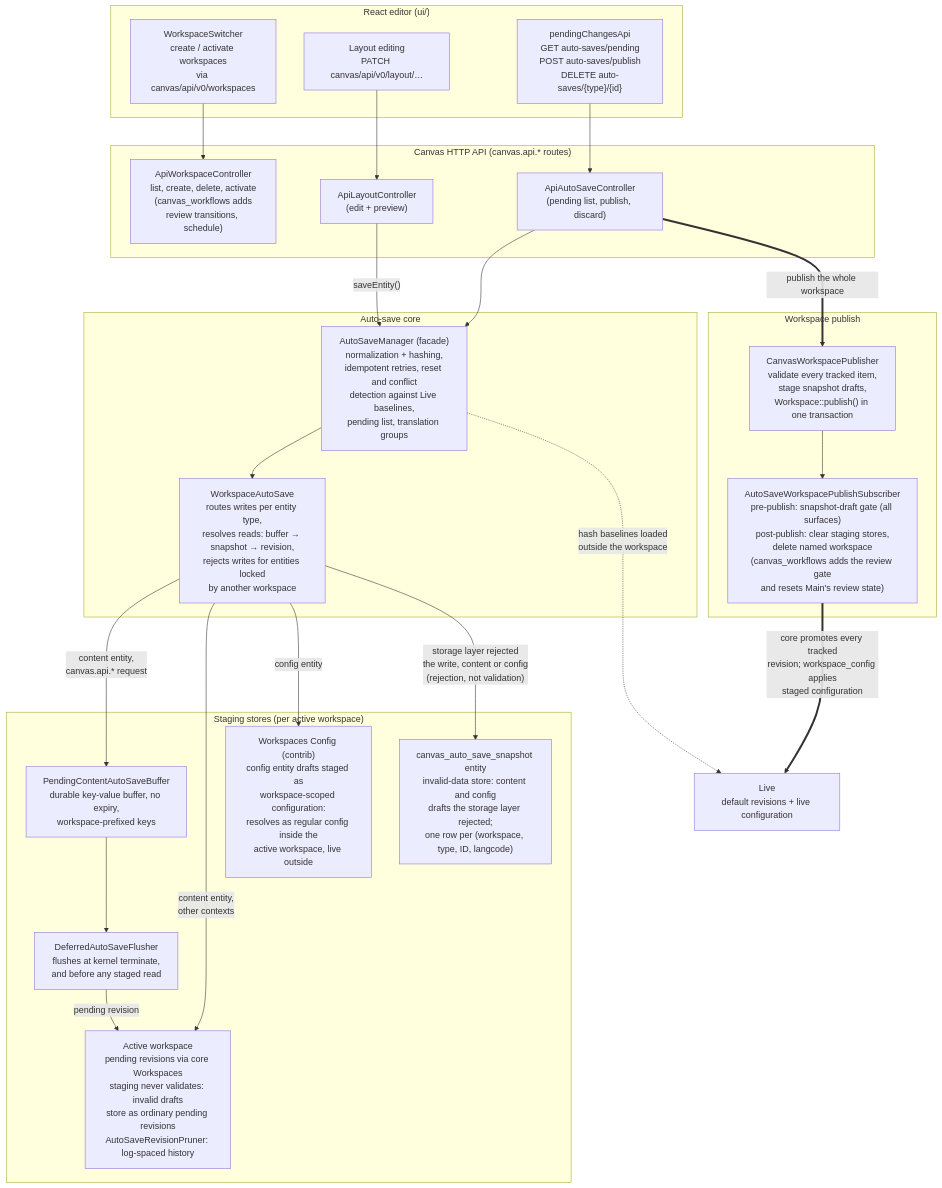
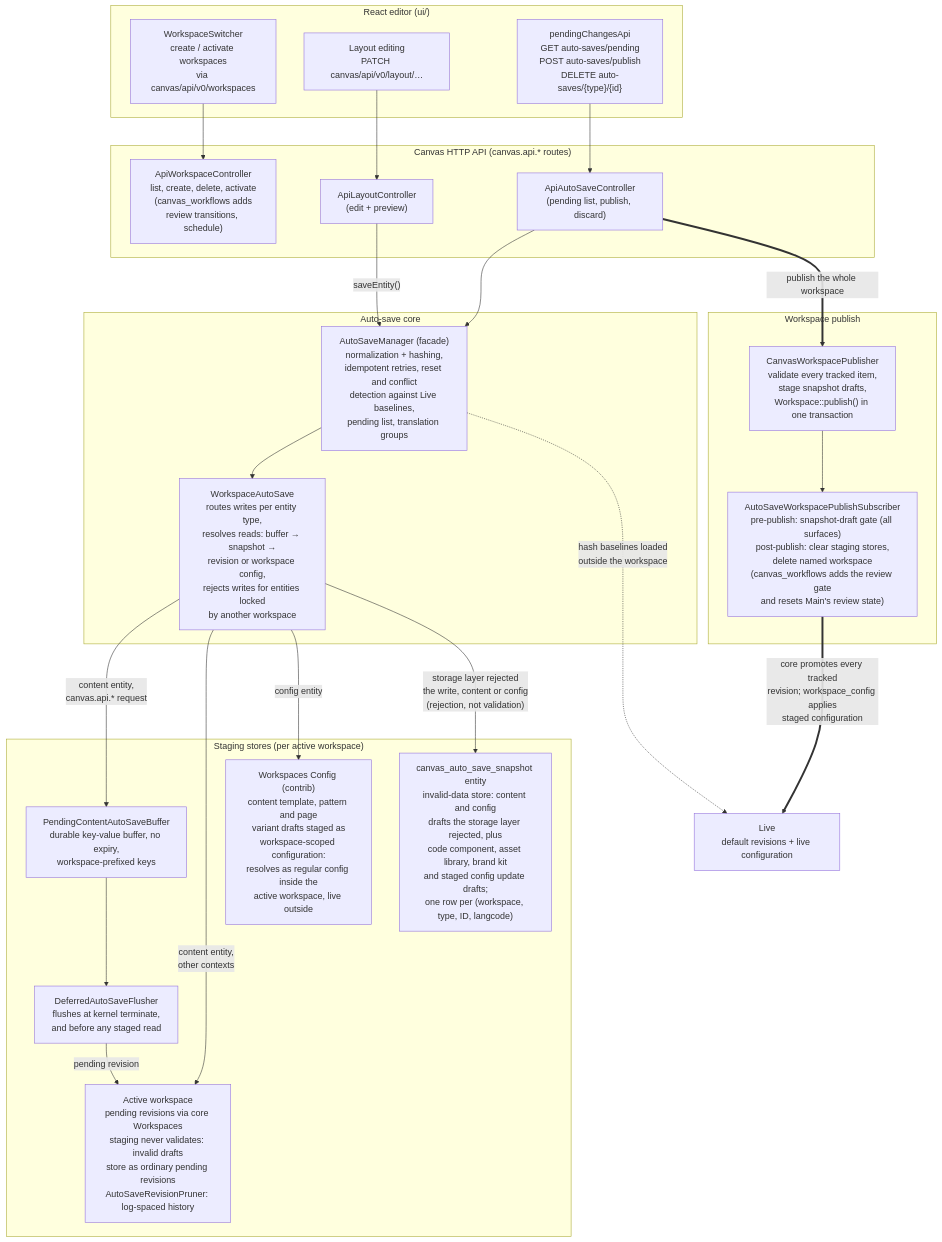
Before and after one commit to tedbow/canvas-lauriii: the diagram in docs/diagrams/workspace-autosave.md, drawn with Mermaid. The commit also changed 7 other files, not shown here.

First line of the commit message:
🤖 Defer workspace-scoped config staging to kernel terminate on preview routes, like content

````diff
--- a/docs/diagrams/workspace-autosave.md
+++ b/docs/diagrams/workspace-autosave.md
@@ -31,51 +31,51 @@
 ```mermaid
 flowchart TB
     subgraph UI["React editor (ui/)"]
         switcher["WorkspaceSwitcher<br>create / activate workspaces<br>via canvas/api/v0/workspaces"]
         layoutApi["Layout editing<br>PATCH canvas/api/v0/layout/…"]
         pendingApi["pendingChangesApi<br>GET auto-saves/pending<br>POST auto-saves/publish<br>DELETE auto-saves/{type}/{id}"]
     end
 
     subgraph HTTP["Canvas HTTP API (canvas.api.* routes)"]
         wsCtl["ApiWorkspaceController<br>list, create, delete, activate<br>(canvas_workflows adds<br>review transitions, schedule)"]
         layoutCtl["ApiLayoutController<br>(edit + preview)"]
         autoSaveCtl["ApiAutoSaveController<br>(pending list, publish, discard)"]
     end
 
     subgraph Core["Auto-save core"]
         asm["AutoSaveManager (facade)<br>normalization + hashing,<br>idempotent retries, reset and conflict<br>detection against Live baselines,<br>pending list, translation groups"]
-        wsa["WorkspaceAutoSave<br>routes writes per entity type,<br>resolves reads: buffer → snapshot → revision,<br>rejects writes for entities locked<br>by another workspace"]
+        wsa["WorkspaceAutoSave<br>routes writes per entity type,<br>resolves reads: buffer → snapshot →<br>revision or workspace config,<br>rejects writes for entities locked<br>by another workspace"]
     end
 
     subgraph Staging["Staging stores (per active workspace)"]
         buffer["PendingContentAutoSaveBuffer<br>durable key-value buffer, no expiry,<br>workspace-prefixed keys"]
         flusher["DeferredAutoSaveFlusher<br>flushes at kernel terminate,<br>and before any staged read"]
-        snapshot["canvas_auto_save_snapshot entity<br>invalid-data store: content and config<br>drafts the storage layer rejected;<br>one row per (workspace, type, ID, langcode)"]
+        snapshot["canvas_auto_save_snapshot entity<br>invalid-data store: content and config<br>drafts the storage layer rejected, plus<br>code component, asset library, brand kit<br>and staged config update drafts;<br>one row per (workspace, type, ID, langcode)"]
         ws["Active workspace<br>pending revisions via core Workspaces<br>staging never validates: invalid drafts<br>store as ordinary pending revisions<br>AutoSaveRevisionPruner: log-spaced history"]
-        wsconfig["Workspaces Config (contrib)<br>config entity drafts staged as<br>workspace-scoped configuration:<br>resolves as regular config inside the<br>active workspace, live outside"]
+        wsconfig["Workspaces Config (contrib)<br>content template, pattern and page<br>variant drafts staged as<br>workspace-scoped configuration:<br>resolves as regular config inside the<br>active workspace, live outside"]
     end
 
     subgraph Publish["Workspace publish"]
         publisher["CanvasWorkspacePublisher<br>validate every tracked item,<br>stage snapshot drafts,<br>Workspace::publish() in one transaction"]
         gate["AutoSaveWorkspacePublishSubscriber<br>pre-publish: snapshot-draft gate (all surfaces)<br>post-publish: clear staging stores,<br>delete named workspace<br>(canvas_workflows adds the review gate<br>and resets Main's review state)"]
     end
 
     live["Live<br>default revisions + live configuration"]
 
     switcher --> wsCtl
     layoutApi --> layoutCtl
     pendingApi --> autoSaveCtl
     layoutCtl -- "saveEntity()" --> asm
     autoSaveCtl --> asm
     asm --> wsa
     wsa -- "content entity,<br>canvas.api.* request" --> buffer
     buffer --> flusher
     flusher -- "pending revision" --> ws
     wsa -- "content entity,<br>other contexts" --> ws
     wsa -- "config entity" --> wsconfig
     wsa -- "storage layer rejected<br>the write, content or config<br>(rejection, not validation)" --> snapshot
     autoSaveCtl == "publish the whole workspace" ==> publisher
     publisher --> gate
     gate == "core promotes every tracked<br>revision; workspace_config applies<br>staged configuration" ==> live
     asm -. "hash baselines loaded<br>outside the workspace" .-> live
 ```
````
